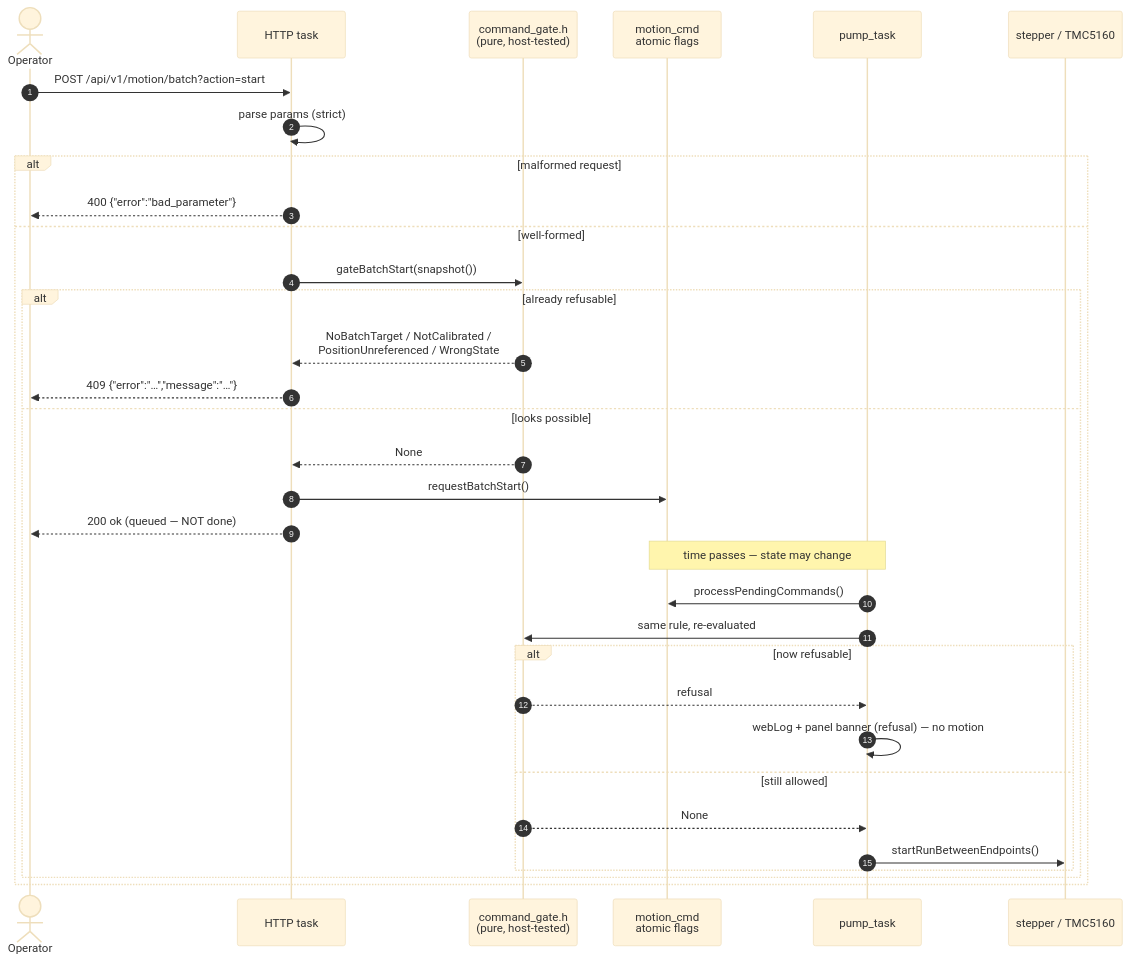
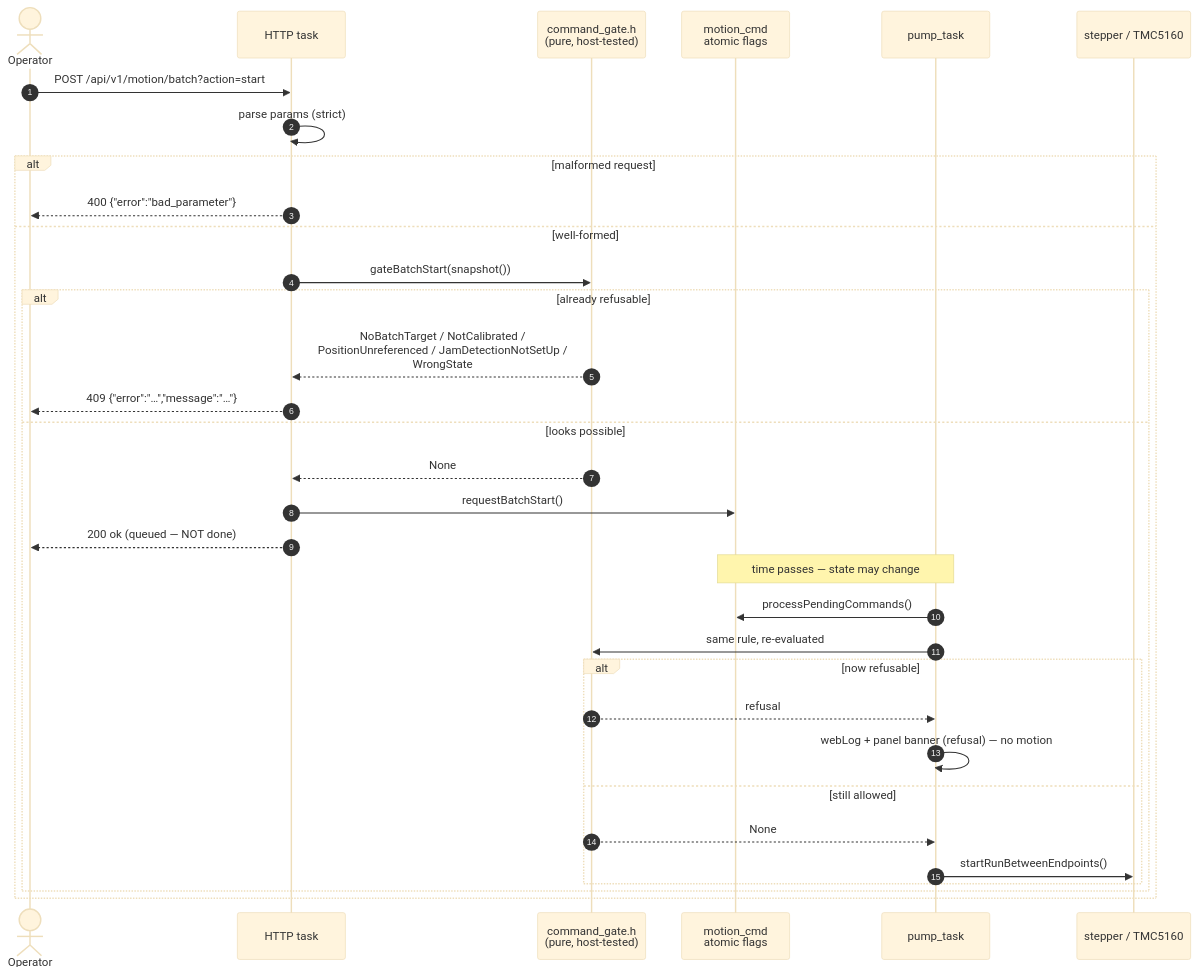
Before and after one commit to jimisola/AutoLee: the first of 3 diagrams in docs/FLOWS.md, drawn with Mermaid (base theme). The commit also changed other lines of this file and 26 other files, not shown here.

````diff
--- a/docs/FLOWS.md
+++ b/docs/FLOWS.md
@@ -28,36 +28,36 @@
 ```mermaid
 sequenceDiagram
     autonumber
     actor Op as Operator
     participant HTTP as HTTP task
     participant Gate as command_gate.h<br/>(pure, host-tested)
     participant Flags as motion_cmd<br/>atomic flags
     participant Pump as pump_task
     participant HW as stepper / TMC5160
 
     Op->>HTTP: POST /api/v1/motion/batch?action=start
     HTTP->>HTTP: parse params (strict)
     alt malformed request
         HTTP-->>Op: 400 {"error":"bad_parameter"}
     else well-formed
         HTTP->>Gate: gateBatchStart(snapshot())
         alt already refusable
-            Gate-->>HTTP: NoBatchTarget / NotCalibrated /<br/>PositionUnreferenced / WrongState
+            Gate-->>HTTP: NoBatchTarget / NotCalibrated /<br/>PositionUnreferenced / JamDetectionNotSetUp /<br/>WrongState
             HTTP-->>Op: 409 {"error":"…","message":"…"}
         else looks possible
             Gate-->>HTTP: None
             HTTP->>Flags: requestBatchStart()
             HTTP-->>Op: 200 ok  (queued — NOT done)
             Note over Flags,Pump: time passes — state may change
             Pump->>Flags: processPendingCommands()
             Pump->>Gate: same rule, re-evaluated
             alt now refusable
                 Gate-->>Pump: refusal
                 Pump->>Pump: webLog + panel banner (refusal) — no motion
             else still allowed
                 Gate-->>Pump: None
                 Pump->>HW: startRunBetweenEndpoints()
             end
         end
     end
 ```
````
